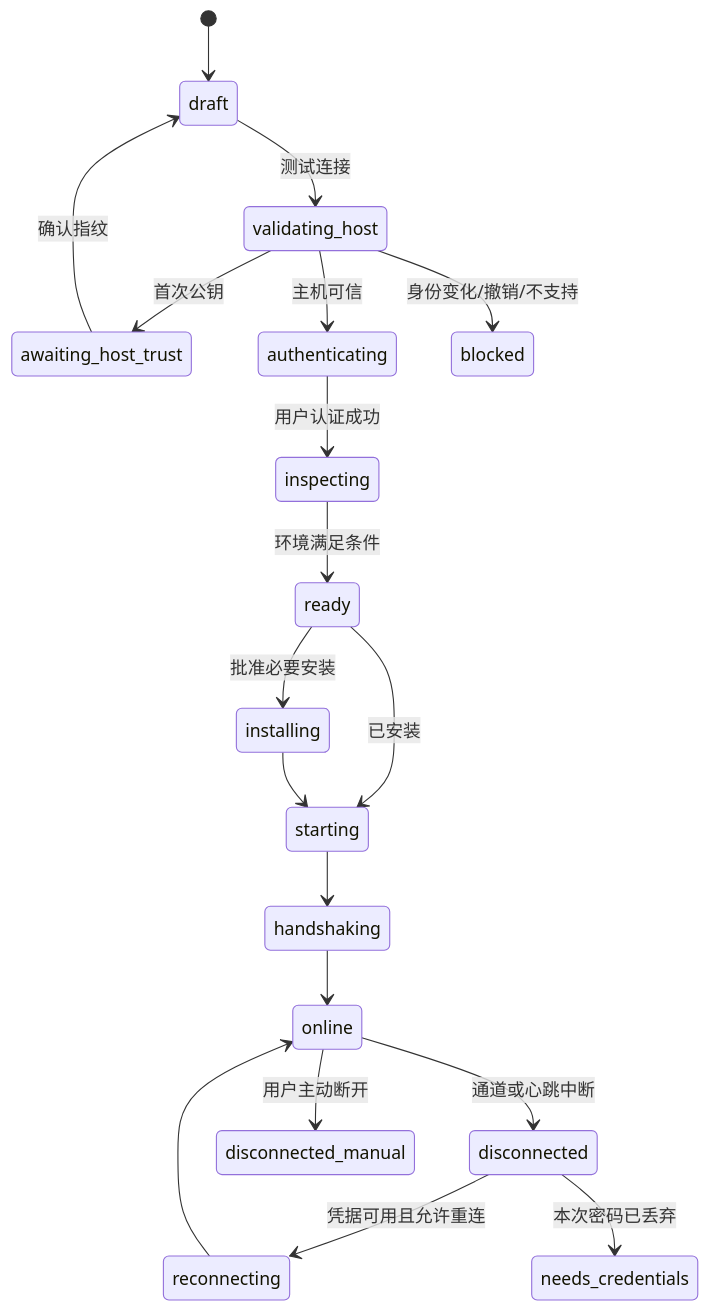
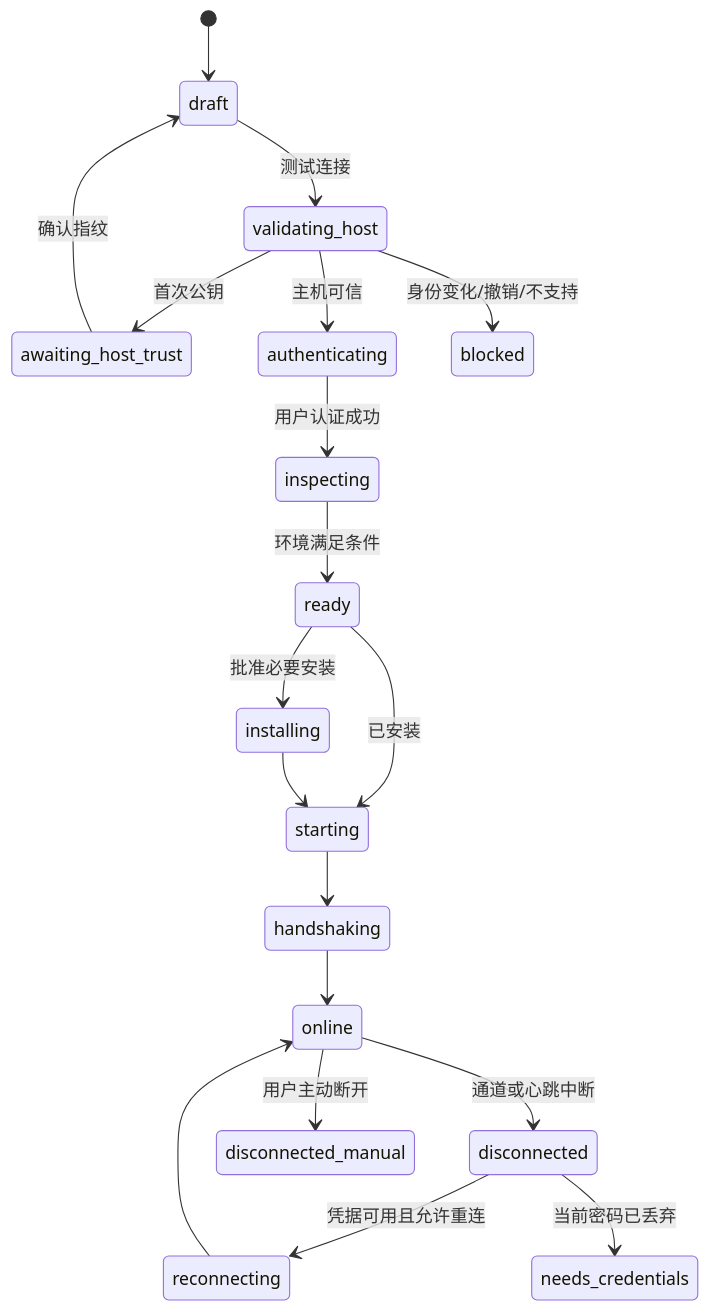
The fourth of 4 diagrams in doc/modules/04-ssh-access/design.md (wsjq5477/MA-Relay), drawn with Mermaid before and after one commit. The commit also changed other lines of this file and 168 other files, not shown here.

````diff
--- a/doc/modules/04-ssh-access/design.md
+++ b/doc/modules/04-ssh-access/design.md
@@ -192,21 +192,21 @@
 ```mermaid
 stateDiagram-v2
   [*] --> draft
   draft --> validating_host: 测试连接
   validating_host --> awaiting_host_trust: 首次公钥
   awaiting_host_trust --> draft: 确认指纹
   validating_host --> authenticating: 主机可信
   authenticating --> inspecting: 用户认证成功
   inspecting --> ready: 环境满足条件
   ready --> installing: 批准必要安装
   ready --> starting: 已安装
   installing --> starting
   starting --> handshaking
   handshaking --> online
   online --> disconnected: 通道或心跳中断
   disconnected --> reconnecting: 凭据可用且允许重连
-  disconnected --> needs_credentials: 本次密码已丢弃
+  disconnected --> needs_credentials: 当前密码已丢弃
   reconnecting --> online
   online --> disconnected_manual: 用户主动断开
   validating_host --> blocked: 身份变化/撤销/不支持
 ```
````
